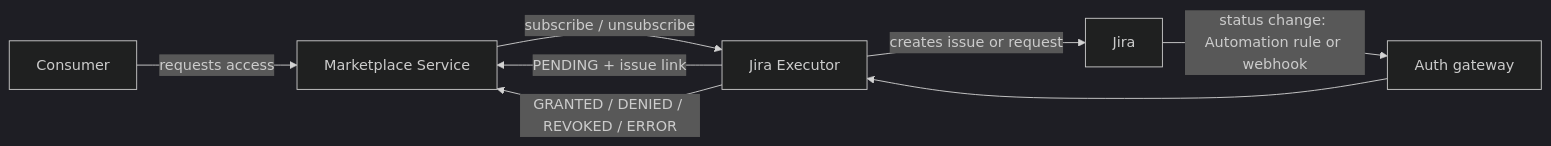
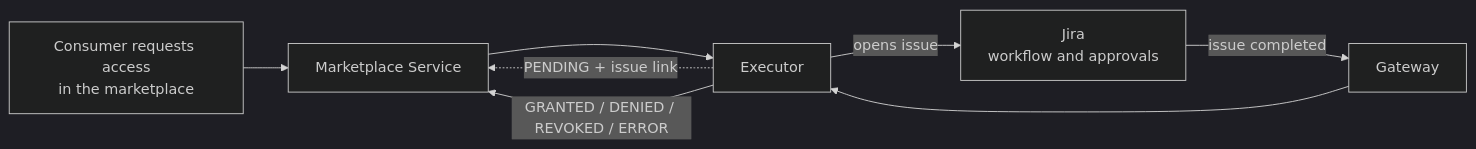
The diagram in README.md (opendatamesh-initiative/odm-platform-adapter-marketplace-executor-jira), drawn with Mermaid (dark theme) before and after one commit. The commit also changed other lines of this file and 21 other files, not shown here.

````diff
--- a/README.md
+++ b/README.md
@@ -51,10 +13,9 @@
 ```mermaid
 flowchart LR
-  C[Consumer] -->|requests access| M[Marketplace Service]
-  M -->|subscribe / unsubscribe| E[Jira Executor]
-  E -->|creates issue or request| J[Jira]
-  E -->|PENDING + issue link| M
-  J -->|status change: Automation rule or webhook| A[Auth gateway]
-  A --> E
+  U[Consumer requests access<br/>in the marketplace] --> M[Marketplace Service]
+  M --> E[Executor]
+  E -->|opens issue| J[Jira<br/>workflow and approvals]
+  E -.->|PENDING + issue link| M
+  J -->|issue completed| G[Gateway] --> E
   E -->|GRANTED / DENIED / REVOKED / ERROR| M
 ```
````
